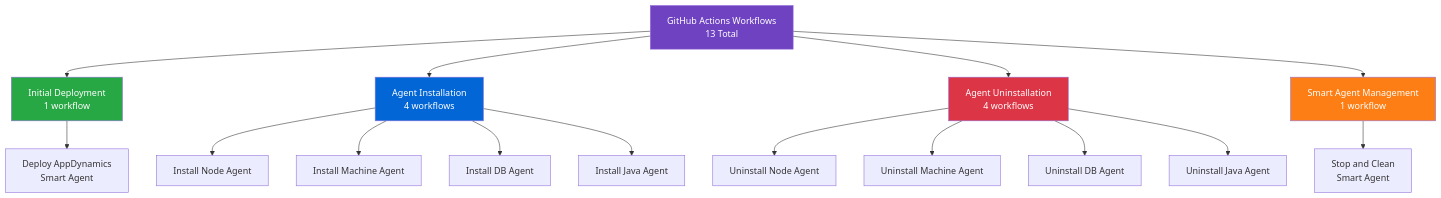
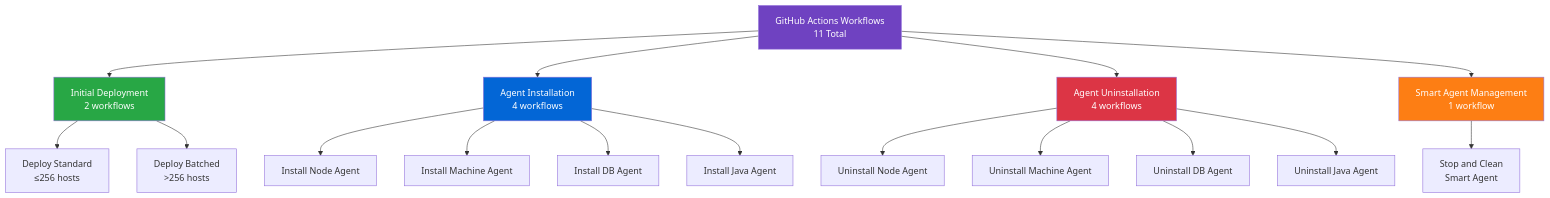
Before and after one commit to chambear2809/github-actions-lab: the fourth of 7 diagrams in ARCHITECTURE.md, drawn with Mermaid. The commit also changed other lines of this file and 2 other files, not shown here.

First line of the commit message:
Docs: Add comprehensive batched deployment documentation

````diff
--- a/ARCHITECTURE.md
+++ b/ARCHITECTURE.md
@@ -94,29 +94,30 @@
 ```mermaid
 graph TD
-    Root[GitHub Actions Workflows<br/>13 Total]
+    Root[GitHub Actions Workflows<br/>11 Total]
     
-    Root --> Deploy[Initial Deployment<br/>1 workflow]
+    Root --> Deploy[Initial Deployment<br/>2 workflows]
     Root --> Install[Agent Installation<br/>4 workflows]
     Root --> Uninstall[Agent Uninstallation<br/>4 workflows]
     Root --> Manage[Smart Agent Management<br/>1 workflow]
 
-    Deploy --> D1[Deploy AppDynamics<br/>Smart Agent]
+    Deploy --> D1[Deploy Standard<br/>≤256 hosts]
+    Deploy --> D2[Deploy Batched<br/>>256 hosts]
     
     Install --> I1[Install Node Agent]
     Install --> I2[Install Machine Agent]
     Install --> I3[Install DB Agent]
     Install --> I4[Install Java Agent]
     
     Uninstall --> U1[Uninstall Node Agent]
     Uninstall --> U2[Uninstall Machine Agent]
     Uninstall --> U3[Uninstall DB Agent]
     Uninstall --> U4[Uninstall Java Agent]
     
     Manage --> M1[Stop and Clean<br/>Smart Agent]
 
     style Root fill:#6f42c1,color:#fff
     style Deploy fill:#28a745,color:#fff
     style Install fill:#0366d6,color:#fff
     style Uninstall fill:#dc3545,color:#fff
     style Manage fill:#fd7e14,color:#fff
 ```
````
